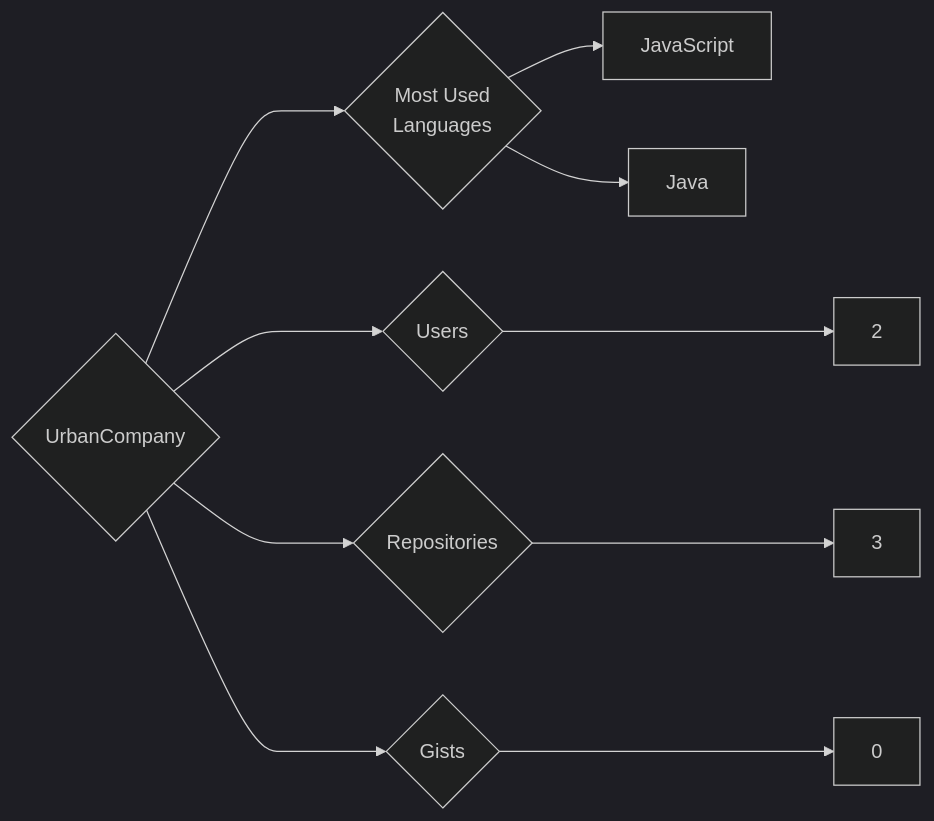
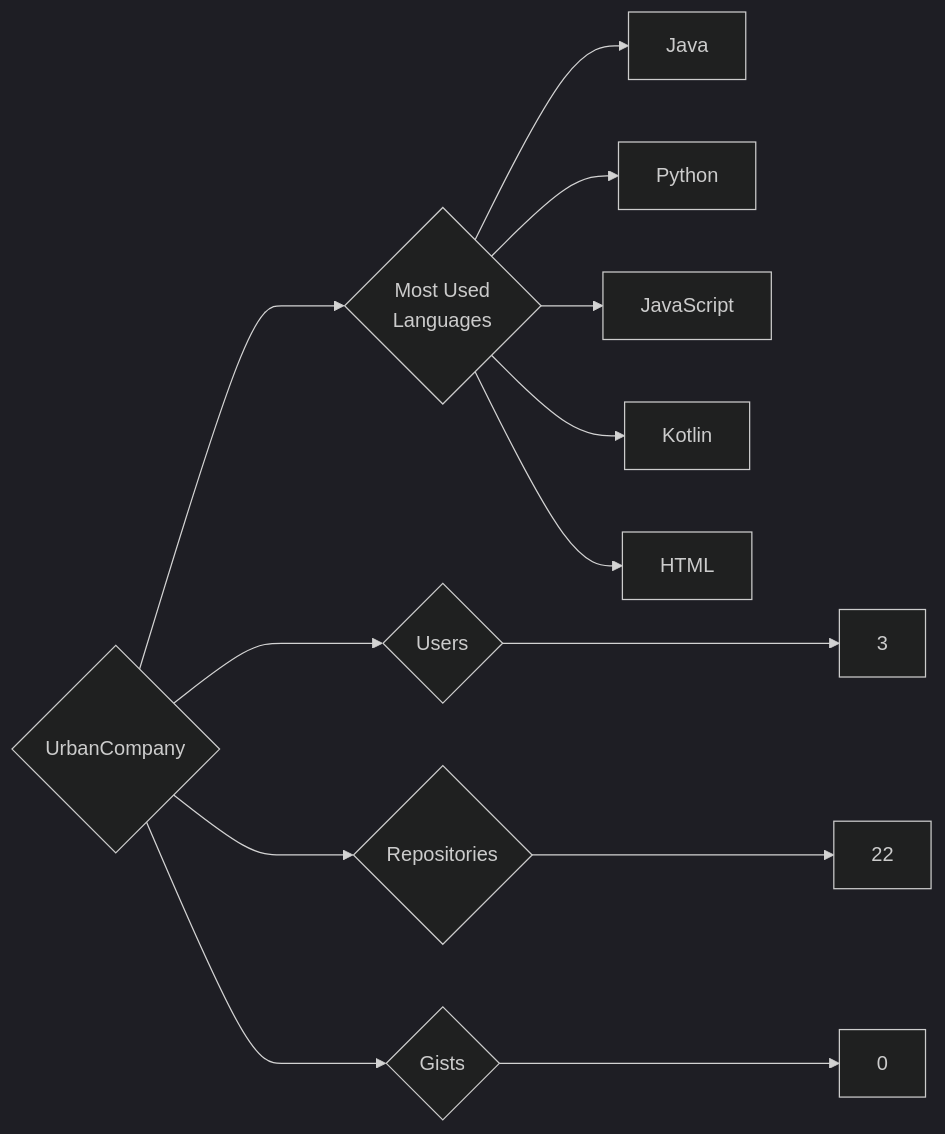
The diagram in targets/UrbanCompany/README.md (trickest/insiders), drawn with Mermaid (dark theme) before and after one commit. The commit also changed 964 other files, not shown here.

````diff
--- a/targets/UrbanCompany/README.md
+++ b/targets/UrbanCompany/README.md
@@ -3,10 +3,13 @@
 ```mermaid
 graph LR
 COMPANY_NAME{UrbanCompany}
-COMPANY_NAME ---> U{Users} ---> UN[2]
-COMPANY_NAME ---> R{Repositories} ---> RN[3]
+COMPANY_NAME ---> U{Users} ---> UN[3]
+COMPANY_NAME ---> R{Repositories} ---> RN[22]
 COMPANY_NAME ---> G{Gists} ---> GN[0]
 COMPANY_NAME ---> ML{Most Used<br>Languages}
+ML --> Java[Java]
+ML --> Python[Python]
 ML --> JavaScript[JavaScript]
-ML --> Java[Java]
+ML --> Kotlin[Kotlin]
+ML --> HTML[HTML]
 ```
````
